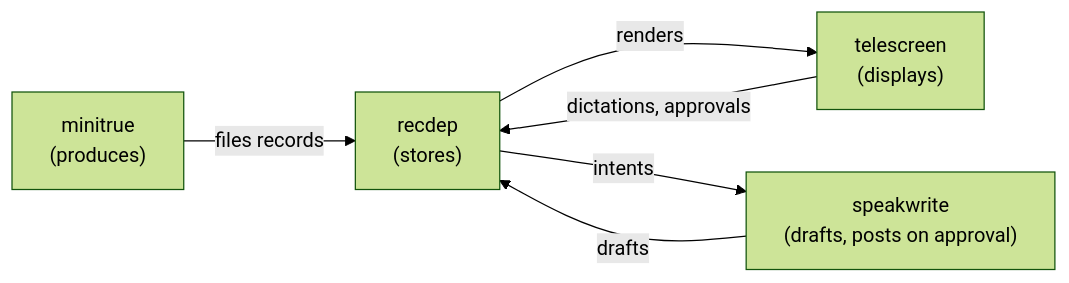
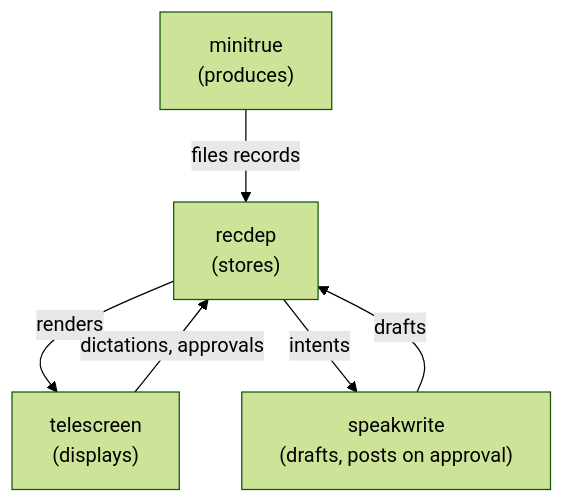
One commit to maxgio92/telescreen changed the diagram in README.md. Above: the diagram before and after it, drawn with Mermaid (forest theme).

Commit message:
docs: the component flow reads top to bottom

````diff
--- a/README.md
+++ b/README.md
@@ -17,8 +17,8 @@
 ```mermaid
-flowchart LR
+flowchart TB
     minitrue["minitrue<br/>(produces)"] -->|files records| recdep["recdep<br/>(stores)"]
     recdep -->|renders| telescreen["telescreen<br/>(displays)"]
     telescreen -->|dictations, approvals| recdep
     recdep -->|intents| speakwrite["speakwrite<br/>(drafts, posts on approval)"]
     speakwrite -->|drafts| recdep
 ```
````
